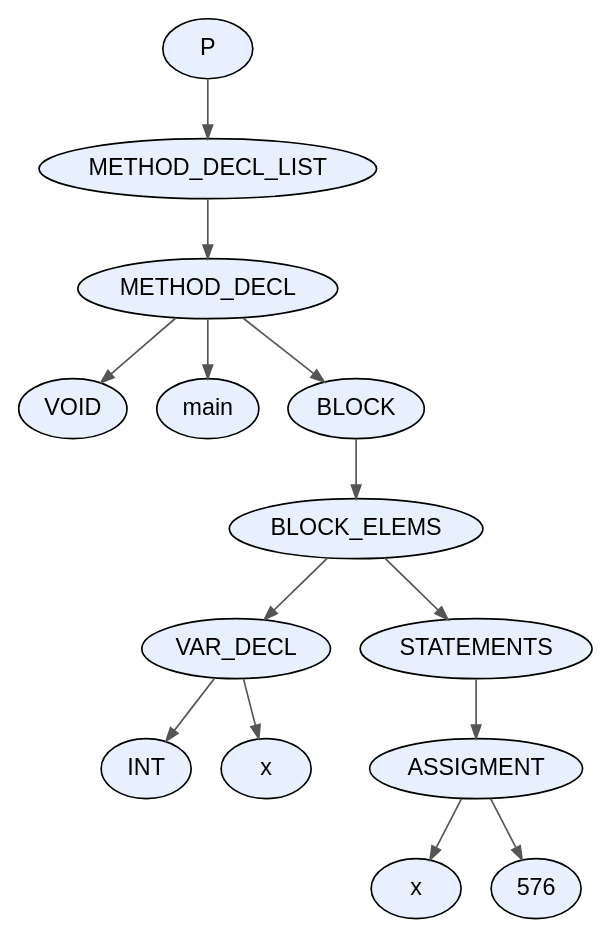
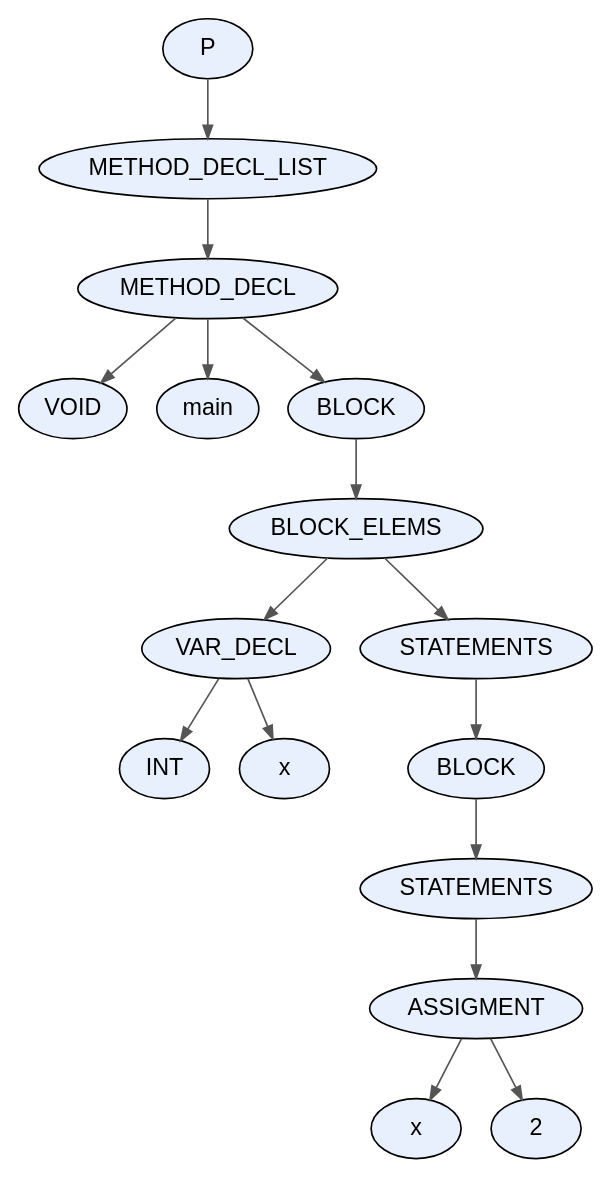
One commit to facundo-dario-loser/TDS2026 changed the diagram in proyecto/dot_files/test3.dot. Above: the diagram before and after it, drawn with Graphviz. The commit also changed 53 other files, not shown here.

```diff
--- a/proyecto/dot_files/test3.dot
+++ b/proyecto/dot_files/test3.dot
@@ -1,31 +1,35 @@
 digraph AST {
   node [fontname="Arial"];
   edge [arrowsize=0.8, color="#555555"];
-  "node_0x595ea190fbe0" [label="P", style=filled, fillcolor="#E8F0FE", shape=ellipse, style="rounded,filled"];
-  "node_0x595ea190fbe0" -> "node_0x595ea190fb90";
-  "node_0x595ea190fb90" [label="METHOD_DECL_LIST", style=filled, fillcolor="#E8F0FE", shape=ellipse, style="rounded,filled"];
-  "node_0x595ea190fb90" -> "node_0x595ea190fb40";
-  "node_0x595ea190fb40" [label="METHOD_DECL", style=filled, fillcolor="#E8F0FE", shape=ellipse, style="rounded,filled"];
-  "node_0x595ea190fb40" -> "node_0x595ea190fa80";
-  "node_0x595ea190fa80" [label="VOID", style=filled, fillcolor="#E8F0FE", shape=ellipse, style="rounded,filled"];
-  "node_0x595ea190fb40" -> "node_0x595ea190fad0";
-  "node_0x595ea190fad0" [label="main", style=filled, fillcolor="#E8F0FE", shape=ellipse, style="rounded,filled"];
-  "node_0x595ea190fb40" -> "node_0x595ea190fa30";
-  "node_0x595ea190fa30" [label="BLOCK", style=filled, fillcolor="#E8F0FE", shape=ellipse, style="rounded,filled"];
-  "node_0x595ea190fa30" -> "node_0x595ea190f9e0";
-  "node_0x595ea190f9e0" [label="BLOCK_ELEMS", style=filled, fillcolor="#E8F0FE", shape=ellipse, style="rounded,filled"];
-  "node_0x595ea190f9e0" -> "node_0x595ea190f630";
-  "node_0x595ea190f630" [label="VAR_DECL", style=filled, fillcolor="#E8F0FE", shape=ellipse, style="rounded,filled"];
-  "node_0x595ea190f630" -> "node_0x595ea190f550";
-  "node_0x595ea190f550" [label="INT", style=filled, fillcolor="#E8F0FE", shape=ellipse, style="rounded,filled"];
-  "node_0x595ea190f630" -> "node_0x595ea190f5c0";
-  "node_0x595ea190f5c0" [label="x", style=filled, fillcolor="#E8F0FE", shape=ellipse, style="rounded,filled"];
-  "node_0x595ea190f9e0" -> "node_0x595ea190f990";
-  "node_0x595ea190f990" [label="STATEMENTS", style=filled, fillcolor="#E8F0FE", shape=ellipse, style="rounded,filled"];
-  "node_0x595ea190f990" -> "node_0x595ea190f940";
-  "node_0x595ea190f940" [label="ASSIGMENT", style=filled, fillcolor="#E8F0FE", shape=ellipse, style="rounded,filled"];
-  "node_0x595ea190f940" -> "node_0x595ea190f8d0";
-  "node_0x595ea190f8d0" [label="x", style=filled, fillcolor="#E8F0FE", shape=ellipse, style="rounded,filled"];
-  "node_0x595ea190f940" -> "node_0x595ea190f740";
-  "node_0x595ea190f740" [label="576", style=filled, fillcolor="#E8F0FE", shape=ellipse, style="rounded,filled"];
+  "node_0x55a414502d10" [label="P", style=filled, fillcolor="#E8F0FE", shape=ellipse, style="rounded,filled"];
+  "node_0x55a414502d10" -> "node_0x55a414502cc0";
+  "node_0x55a414502cc0" [label="METHOD_DECL_LIST", style=filled, fillcolor="#E8F0FE", shape=ellipse, style="rounded,filled"];
+  "node_0x55a414502cc0" -> "node_0x55a414502c70";
+  "node_0x55a414502c70" [label="METHOD_DECL", style=filled, fillcolor="#E8F0FE", shape=ellipse, style="rounded,filled"];
+  "node_0x55a414502c70" -> "node_0x55a414502bb0";
+  "node_0x55a414502bb0" [label="VOID", style=filled, fillcolor="#E8F0FE", shape=ellipse, style="rounded,filled"];
+  "node_0x55a414502c70" -> "node_0x55a414502c00";
+  "node_0x55a414502c00" [label="main", style=filled, fillcolor="#E8F0FE", shape=ellipse, style="rounded,filled"];
+  "node_0x55a414502c70" -> "node_0x55a414502b60";
+  "node_0x55a414502b60" [label="BLOCK", style=filled, fillcolor="#E8F0FE", shape=ellipse, style="rounded,filled"];
+  "node_0x55a414502b60" -> "node_0x55a414502b10";
+  "node_0x55a414502b10" [label="BLOCK_ELEMS", style=filled, fillcolor="#E8F0FE", shape=ellipse, style="rounded,filled"];
+  "node_0x55a414502b10" -> "node_0x55a414502630";
+  "node_0x55a414502630" [label="VAR_DECL", style=filled, fillcolor="#E8F0FE", shape=ellipse, style="rounded,filled"];
+  "node_0x55a414502630" -> "node_0x55a414502550";
+  "node_0x55a414502550" [label="INT", style=filled, fillcolor="#E8F0FE", shape=ellipse, style="rounded,filled"];
+  "node_0x55a414502630" -> "node_0x55a4145025c0";
+  "node_0x55a4145025c0" [label="x", style=filled, fillcolor="#E8F0FE", shape=ellipse, style="rounded,filled"];
+  "node_0x55a414502b10" -> "node_0x55a414502ac0";
+  "node_0x55a414502ac0" [label="STATEMENTS", style=filled, fillcolor="#E8F0FE", shape=ellipse, style="rounded,filled"];
+  "node_0x55a414502ac0" -> "node_0x55a414502a20";
+  "node_0x55a414502a20" [label="BLOCK", style=filled, fillcolor="#E8F0FE", shape=ellipse, style="rounded,filled"];
+  "node_0x55a414502a20" -> "node_0x55a4145029d0";
+  "node_0x55a4145029d0" [label="STATEMENTS", style=filled, fillcolor="#E8F0FE", shape=ellipse, style="rounded,filled"];
+  "node_0x55a4145029d0" -> "node_0x55a414502980";
+  "node_0x55a414502980" [label="ASSIGMENT", style=filled, fillcolor="#E8F0FE", shape=ellipse, style="rounded,filled"];
+  "node_0x55a414502980" -> "node_0x55a414502910";
+  "node_0x55a414502910" [label="x", style=filled, fillcolor="#E8F0FE", shape=ellipse, style="rounded,filled"];
+  "node_0x55a414502980" -> "node_0x55a4145028c0";
+  "node_0x55a4145028c0" [label="2", style=filled, fillcolor="#E8F0FE", shape=ellipse, style="rounded,filled"];
 }
```
